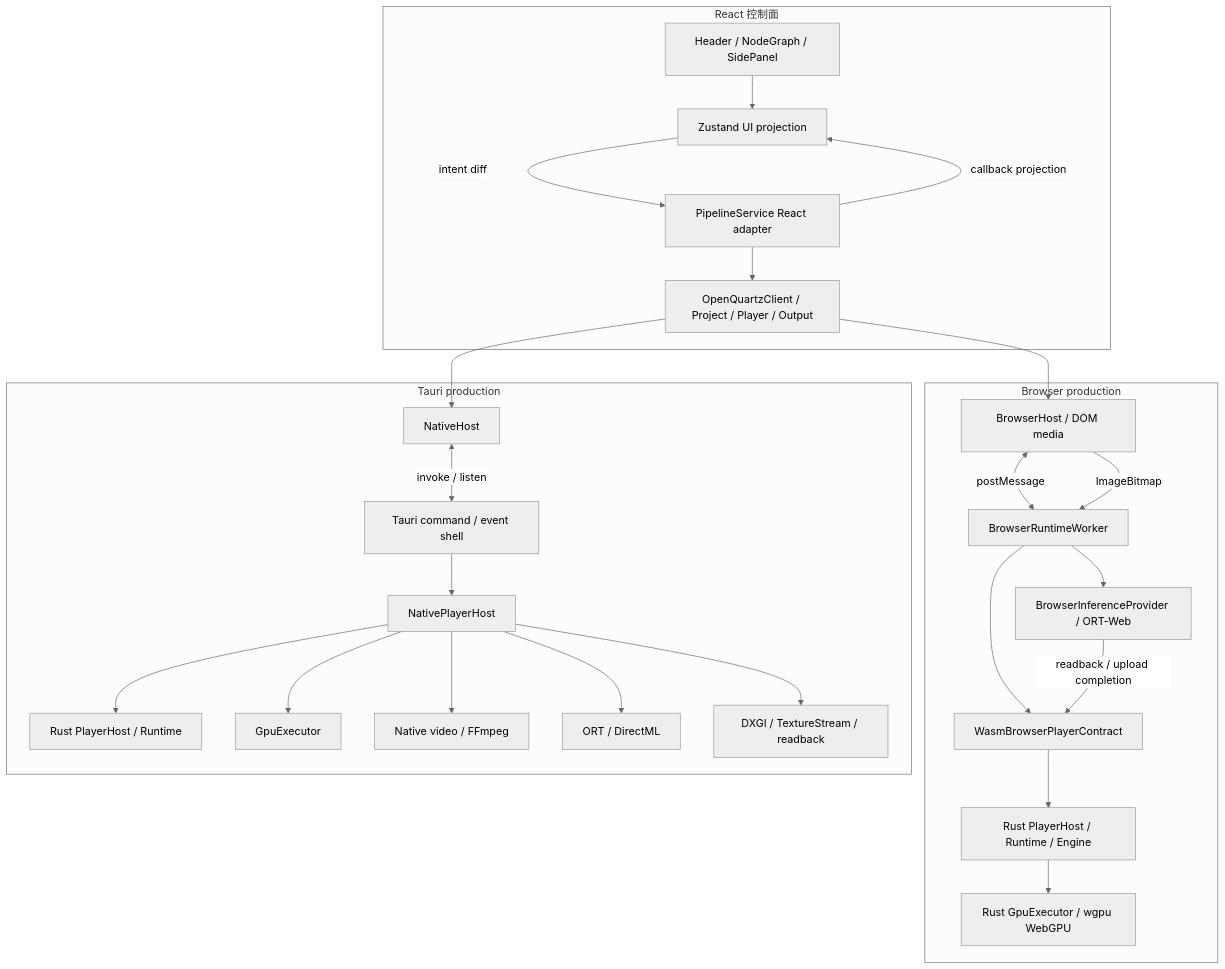
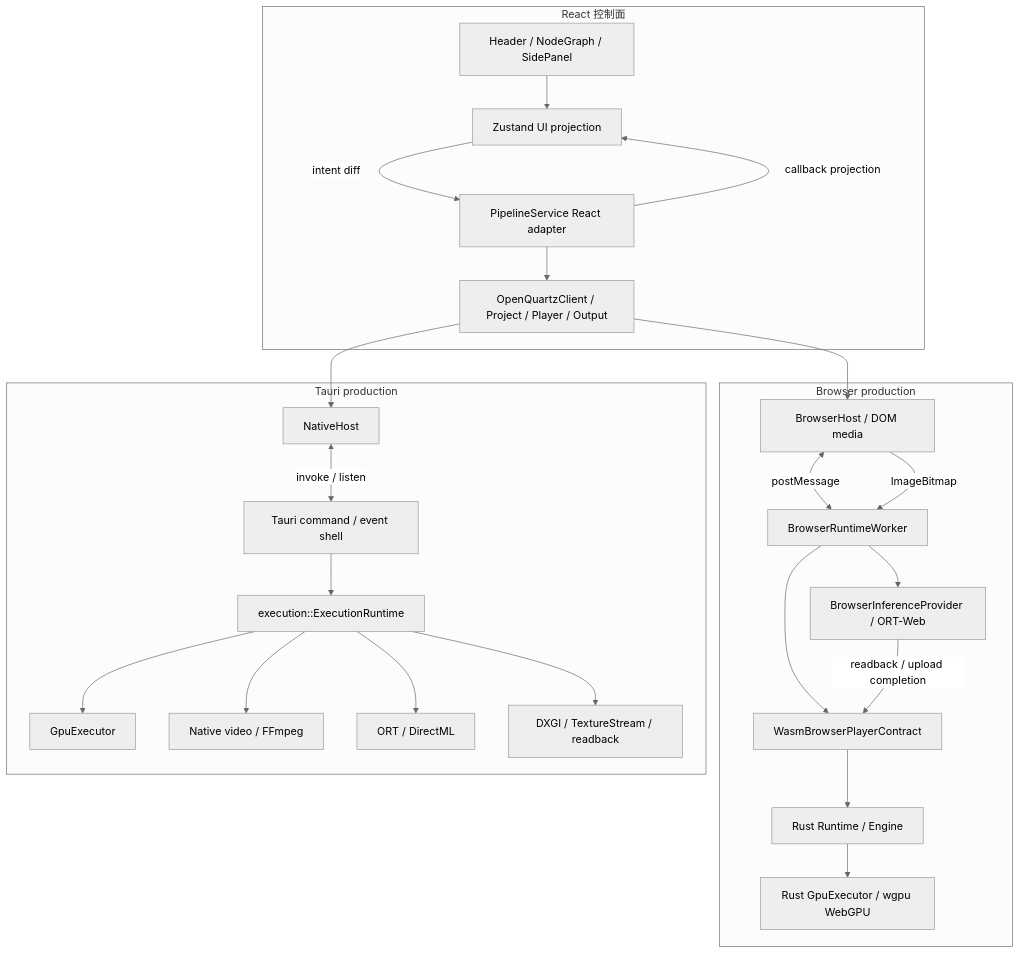
Before and after one commit to sanitor/open_quartz: the second of 12 diagrams in docs/DESIGN.md, drawn with Mermaid (neutral theme). The commit also changed other lines of this file and 62 other files, not shown here.

First line of the commit message:
refactor(execution): consolidate native runtime and fix playback sizing

````diff
--- a/docs/DESIGN.md
+++ b/docs/DESIGN.md
@@ -208,47 +222,46 @@
 ```mermaid
 flowchart TB
     subgraph UI[React 控制面]
         Components[Header / NodeGraph / SidePanel]
         Store[Zustand UI projection]
         Service[PipelineService React adapter]
         TSApi[OpenQuartzClient / Project / Player / Output]
         Components --> Store
         Store -->|intent diff| Service
         Service --> TSApi
         Service -->|callback projection| Store
     end
 
     subgraph Browser[Browser production]
         BHost[BrowserHost / DOM media]
         Worker[BrowserRuntimeWorker]
         WasmPlayer[WasmBrowserPlayerContract]
-        RustPlayer[Rust PlayerHost / Runtime / Engine]
+        RustPlayer[Rust Runtime / Engine]
         RustGpu[Rust GpuExecutor / wgpu WebGPU]
         OrtWeb[BrowserInferenceProvider / ORT-Web]
         BHost <-->|postMessage| Worker
         BHost -->|ImageBitmap| Worker
         Worker --> WasmPlayer --> RustPlayer --> RustGpu
         Worker --> OrtWeb
         OrtWeb -->|readback / upload completion| WasmPlayer
     end
 
     subgraph Native[Tauri production]
         NHost[NativeHost]
         Tauri[Tauri command / event shell]
-        NPlayer[NativePlayerHost]
-        NRuntime[Rust PlayerHost / Runtime]
+        NRuntime[execution::ExecutionRuntime]
         NGpu[GpuExecutor]
         NMedia[Native video / FFmpeg]
         NOnnx[ORT / DirectML]
         NPresent[DXGI / TextureStream / readback]
         NHost <-->|invoke / listen| Tauri
-        Tauri --> NPlayer --> NRuntime
-        NPlayer --> NGpu
-        NPlayer --> NMedia
-        NPlayer --> NOnnx
-        NPlayer --> NPresent
+        Tauri --> NRuntime
+        NRuntime --> NGpu
+        NRuntime --> NMedia
+        NRuntime --> NOnnx
+        NRuntime --> NPresent
     end
 
     TSApi --> BHost
     TSApi --> NHost
 ```
````
